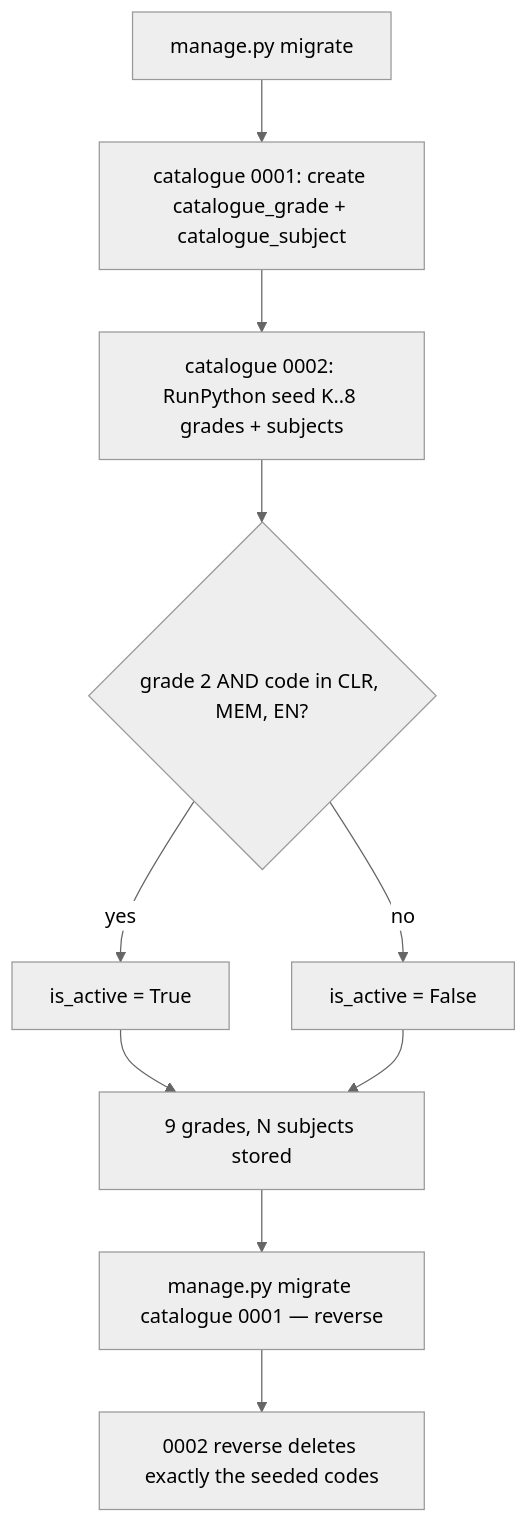
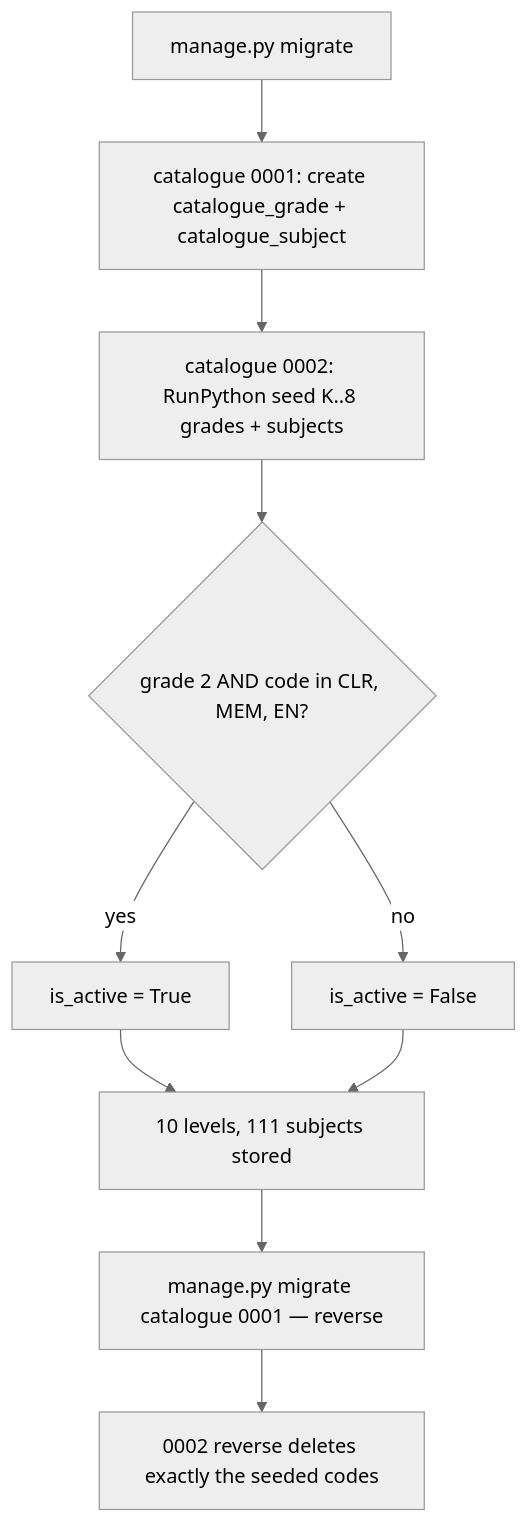
Before and after one commit to FlaviaPop/FirstProjAire: the diagram in docs/plans/stories/epic-2-story-2.1-Catalogue-Data.md, drawn with Mermaid (neutral theme). The commit also changed other lines of this file and 5 other files, not shown here.

````diff
--- a/docs/plans/stories/epic-2-story-2.1-Catalogue-Data.md
+++ b/docs/plans/stories/epic-2-story-2.1-Catalogue-Data.md
@@ -45,11 +45,11 @@
 ```mermaid
 flowchart TD
   A[manage.py migrate] --> B[catalogue 0001: create catalogue_grade + catalogue_subject]
   B --> C[catalogue 0002: RunPython seed K..8 grades + subjects]
   C --> D{grade 2 AND code in CLR, MEM, EN?}
   D -- yes --> E[is_active = True]
   D -- no --> F[is_active = False]
-  E & F --> G[9 grades, N subjects stored]
+  E & F --> G[10 levels, 111 subjects stored]
   G --> H[manage.py migrate catalogue 0001 — reverse]
   H --> I[0002 reverse deletes exactly the seeded codes]
 ```
````
